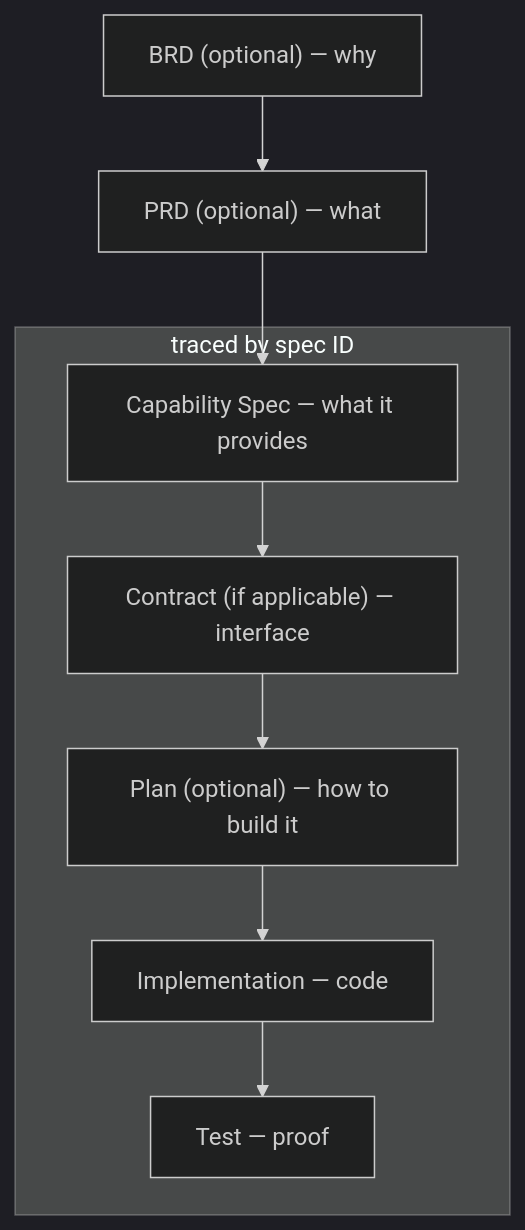
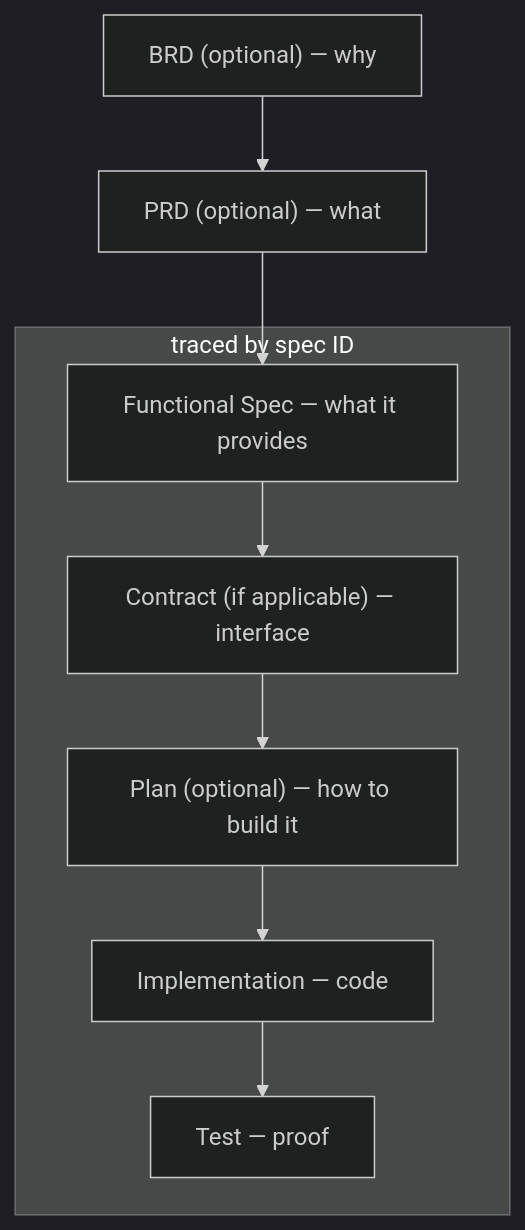
One commit to foreachpartners/main-spex changed the first of 2 diagrams in README.md. Above: the diagram before and after it, drawn with Mermaid (dark theme). The commit also changed other lines of this file and 79 other files, not shown here.

First line of the commit message:
feat: rename capability spec to functional spec

````diff
--- a/README.md
+++ b/README.md
@@ -94,12 +94,12 @@
 ```mermaid
 flowchart TD
     BRD["BRD (optional) — why"] --> PRD["PRD (optional) — what"]
-    PRD --> Cap
+    PRD --> Func
 
     subgraph Traced ["traced by spec ID"]
-        Cap["Capability Spec — what it provides"] --> Contract["Contract (if applicable) — interface"]
+        Func["Functional Spec — what it provides"] --> Contract["Contract (if applicable) — interface"]
         Contract --> Plan["Plan (optional) — how to build it"]
         Plan --> Impl["Implementation — code"]
         Impl --> Test["Test — proof"]
     end
 ```
````
